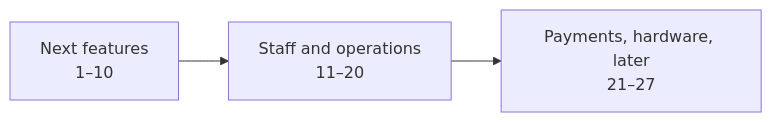
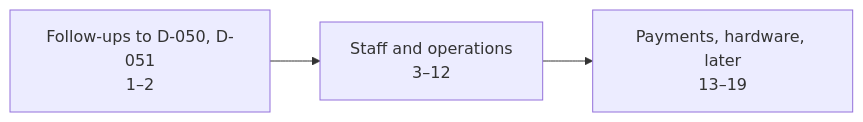
Before and after one commit to Gafion/FitnessCenterSystem: the diagram in docs/open-questions.md, drawn with Mermaid. The commit also changed other lines of this file and 2 other files, not shown here.

````diff
--- a/docs/open-questions.md
+++ b/docs/open-questions.md
@@ -62,4 +71,4 @@
 ```mermaid
 flowchart LR
-  N["Next features<br/>1–10"] --> S["Staff and operations<br/>11–20"] --> L["Payments, hardware, later<br/>21–27"]
+  N["Follow-ups to D-050, D-051<br/>1–2"] --> S["Staff and operations<br/>3–12"] --> L["Payments, hardware, later<br/>13–19"]
 ```
````
